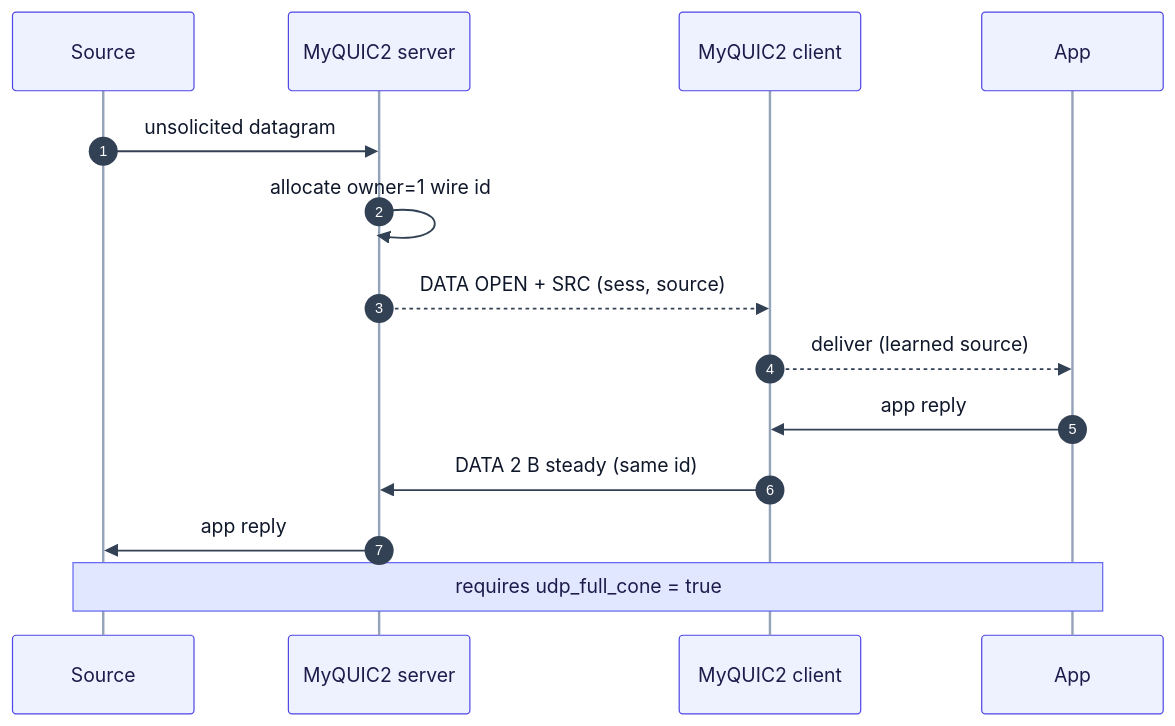
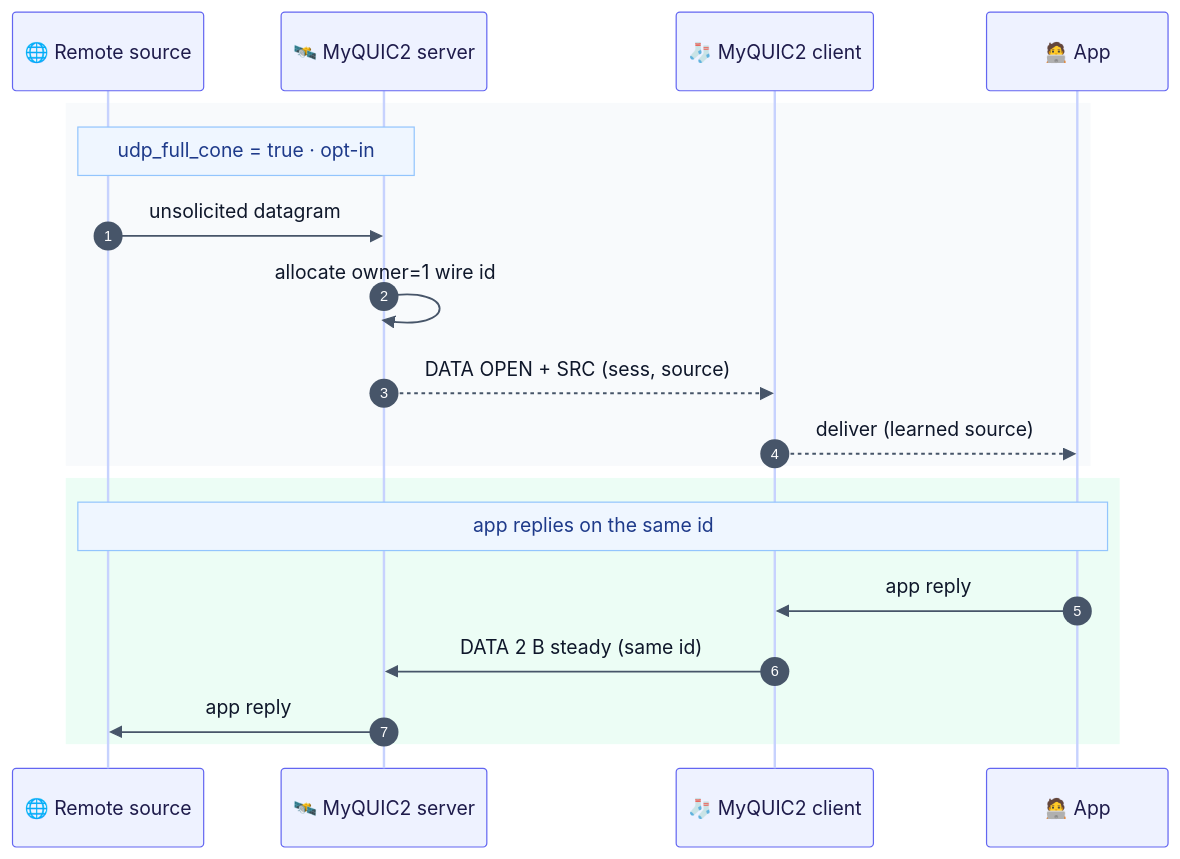
Before and after one commit to Terutoki/MyQUIC2: diagram 17 of 25 in README.md, drawn with Mermaid. The commit also changed other lines of this file, not shown here.

First line of the commit message:
docs(readme): redraw the Mermaid atlas with a polished visual system

````diff
--- a/README.md
+++ b/README.md
@@ -742,17 +841,22 @@
 ```mermaid
-%%{init: {"theme":"base","themeVariables":{"fontSize":"14px","actorBkg":"#eef2ff","actorBorder":"#4f46e5","actorTextColor":"#1e1b4b","actorLineColor":"#94a3b8","signalColor":"#334155","signalTextColor":"#0f172a","labelBoxBkgColor":"#e0e7ff","labelBoxBorderColor":"#6366f1","labelTextColor":"#1e1b4b","loopTextColor":"#1e1b4b","noteBkgColor":"#e0e7ff","noteBorderColor":"#6366f1","noteTextColor":"#1e1b4b","activationBkgColor":"#c7d2fe","activationBorderColor":"#4f46e5","sequenceNumberBackgroundColor":"#4f46e5","sequenceNumberColor":"#ffffff"}}}%%
+%%{init: {"theme":"base","themeVariables":{"fontSize":"15px","actorBkg":"#eef2ff","actorBorder":"#6366f1","actorTextColor":"#1e1b4b","actorLineColor":"#c7d2fe","signalColor":"#475569","signalTextColor":"#0f172a","labelBoxBkgColor":"#f8fafc","labelBoxBorderColor":"#cbd5e1","labelTextColor":"#0f172a","loopTextColor":"#0f172a","noteBkgColor":"#eff6ff","noteBorderColor":"#93c5fd","noteTextColor":"#1e3a8a","activationBkgColor":"#e0e7ff","activationBorderColor":"#6366f1","sequenceNumberBackgroundColor":"#6366f1","sequenceNumberColor":"#ffffff"}} }%%
 sequenceDiagram
-autonumber
-    participant Source
-    participant Server as MyQUIC2 server
-    participant Client as MyQUIC2 client
-    participant App
-    Source->>Server: unsolicited datagram
-    Server->>Server: allocate owner=1 wire id
-    Server-->>Client: DATA OPEN + SRC (sess, source)
-    Client-->>App: deliver (learned source)
-    App->>Client: app reply
-    Client->>Server: DATA 2 B steady (same id)
-    Server->>Source: app reply
-    Note over Source,App: requires udp_full_cone = true
+    autonumber
+    participant Source as 🌐 Remote source
+    participant Server as 🛰️ MyQUIC2 server
+    participant Client as 🧦 MyQUIC2 client
+    participant App as 🧑‍💻 App
+        rect rgb(248, 250, 252)
+            Note over Source,Server: udp_full_cone = true · opt-in
+            Source->>Server: unsolicited datagram
+            Server->>Server: allocate owner=1 wire id
+            Server-->>Client: DATA OPEN + SRC (sess, source)
+            Client-->>App: deliver (learned source)
+        end
+        rect rgb(236, 253, 245)
+            Note over App,Source: app replies on the same id
+            App->>Client: app reply
+            Client->>Server: DATA 2 B steady (same id)
+            Server->>Source: app reply
+        end
 ```
````
